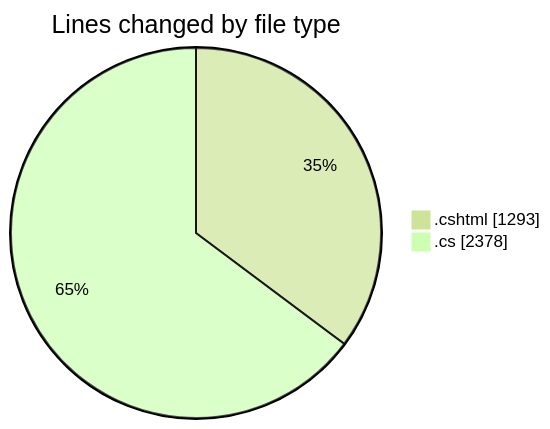
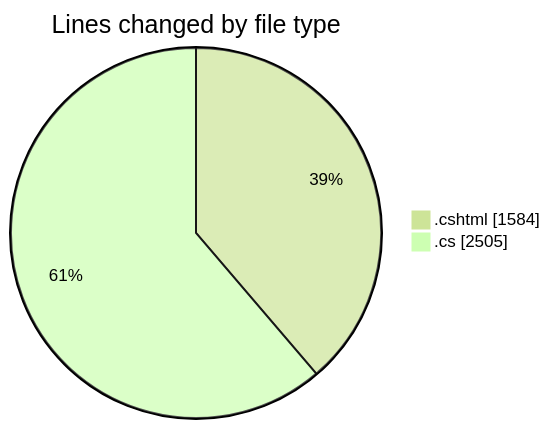
The first of 2 diagrams in 2025-07-17/nhahang/README.md (lephambinh05/code-tracking), drawn with Mermaid (forest theme) before and after one commit. The commit also changed other lines of this file and 1 other file, not shown here.

````diff
--- a/2025-07-17/nhahang/README.md
+++ b/2025-07-17/nhahang/README.md
@@ -58,6 +64,6 @@
 ```mermaid
 pie showData
 title Lines changed by file type
-".cshtml" : 1293
-".cs" : 2378
+".cshtml" : 1584
+".cs" : 2505
 ```
````
